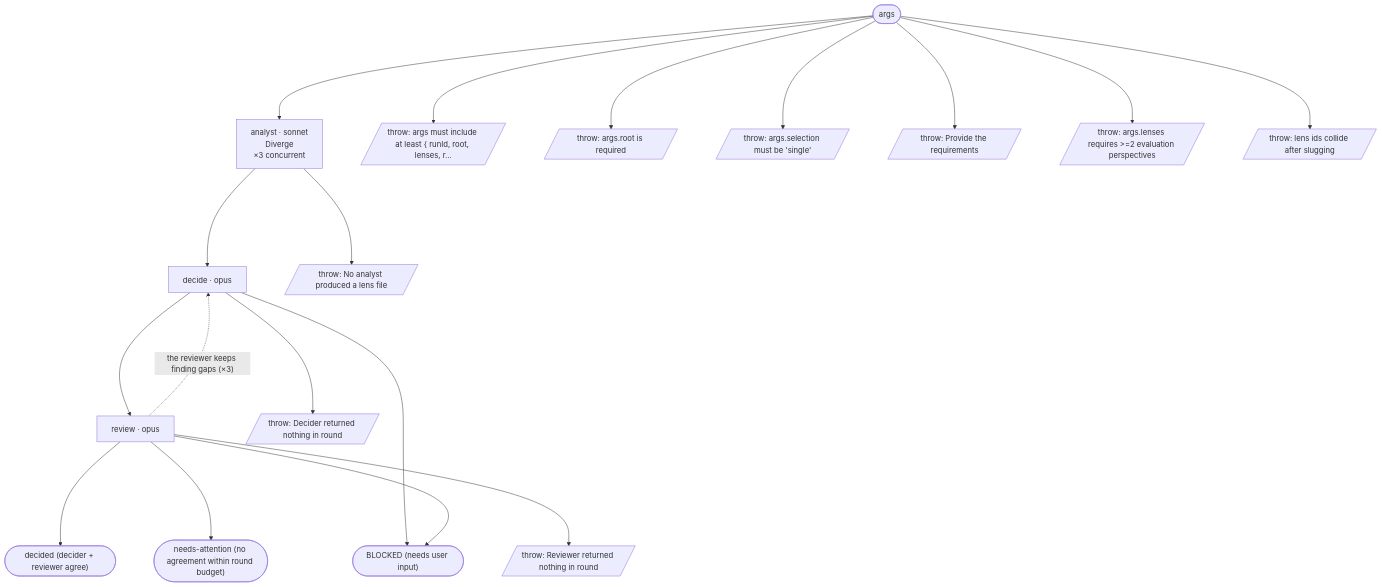
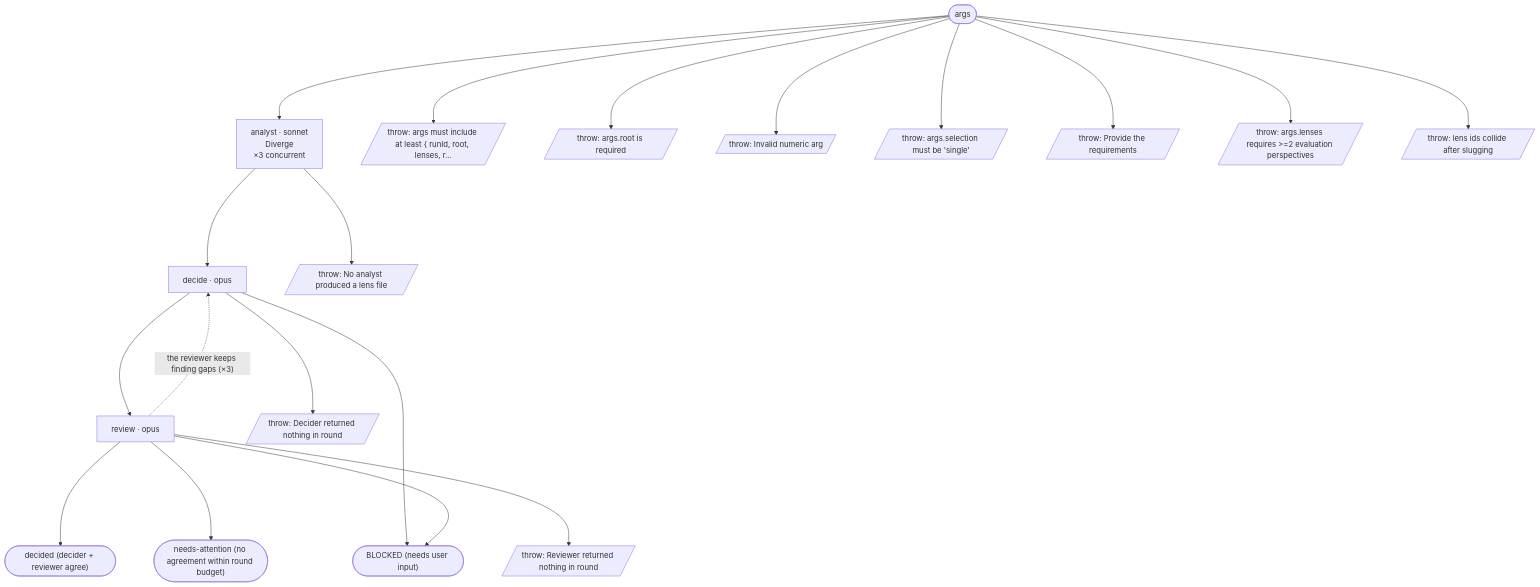
Before and after one commit to Blakeem/aipromptguide-workflows: the diagram in workflows/decide/FLOW.md, drawn with Mermaid. The commit also changed other lines of this file and 35 other files, not shown here.

````diff
--- a/workflows/decide/FLOW.md
+++ b/workflows/decide/FLOW.md
@@ -8,37 +8,39 @@
 ```mermaid
 %%{init: {"flowchart": {"nodeSpacing": 80, "rankSpacing": 200}}}%%
 flowchart TD
   S0(["args"])
   a1["analyst · sonnet<br/>Diverge<br/>×3 concurrent"]
   a2["decide · opus"]
   a3["review · opus"]
   t1(["decided (decider + reviewer agree)"])
   t2(["needs-attention (no agreement within round budget)"])
   t3(["BLOCKED (needs user input)"])
   x1[/"throw: args must include at least { runId, root, lenses, r…"/]
   x2[/"throw: args.root is required"/]
-  x3[/"throw: args.selection must be 'single'"/]
-  x4[/"throw: Provide the requirements"/]
-  x5[/"throw: args.lenses requires >=2 evaluation perspectives"/]
-  x6[/"throw: lens ids collide after slugging"/]
-  x7[/"throw: No analyst produced a lens file"/]
-  x8[/"throw: Decider returned nothing in round"/]
-  x9[/"throw: Reviewer returned nothing in round"/]
+  x3[/"throw: Invalid numeric arg"/]
+  x4[/"throw: args.selection must be 'single'"/]
+  x5[/"throw: Provide the requirements"/]
+  x6[/"throw: args.lenses requires >=2 evaluation perspectives"/]
+  x7[/"throw: lens ids collide after slugging"/]
+  x8[/"throw: No analyst produced a lens file"/]
+  x9[/"throw: Decider returned nothing in round"/]
+  x10[/"throw: Reviewer returned nothing in round"/]
   S0 --> a1
   S0 --> x1
   S0 --> x2
   S0 --> x3
   S0 --> x4
   S0 --> x5
   S0 --> x6
+  S0 --> x7
   a1 --> a2
-  a1 --> x7
+  a1 --> x8
   a2 --> a3
   a2 --> t3
-  a2 --> x8
+  a2 --> x9
   a3 -.->|"the reviewer keeps finding gaps (×3)"| a2
   a3 --> t1
   a3 --> t2
   a3 --> t3
-  a3 --> x9
+  a3 --> x10
 ```
````
